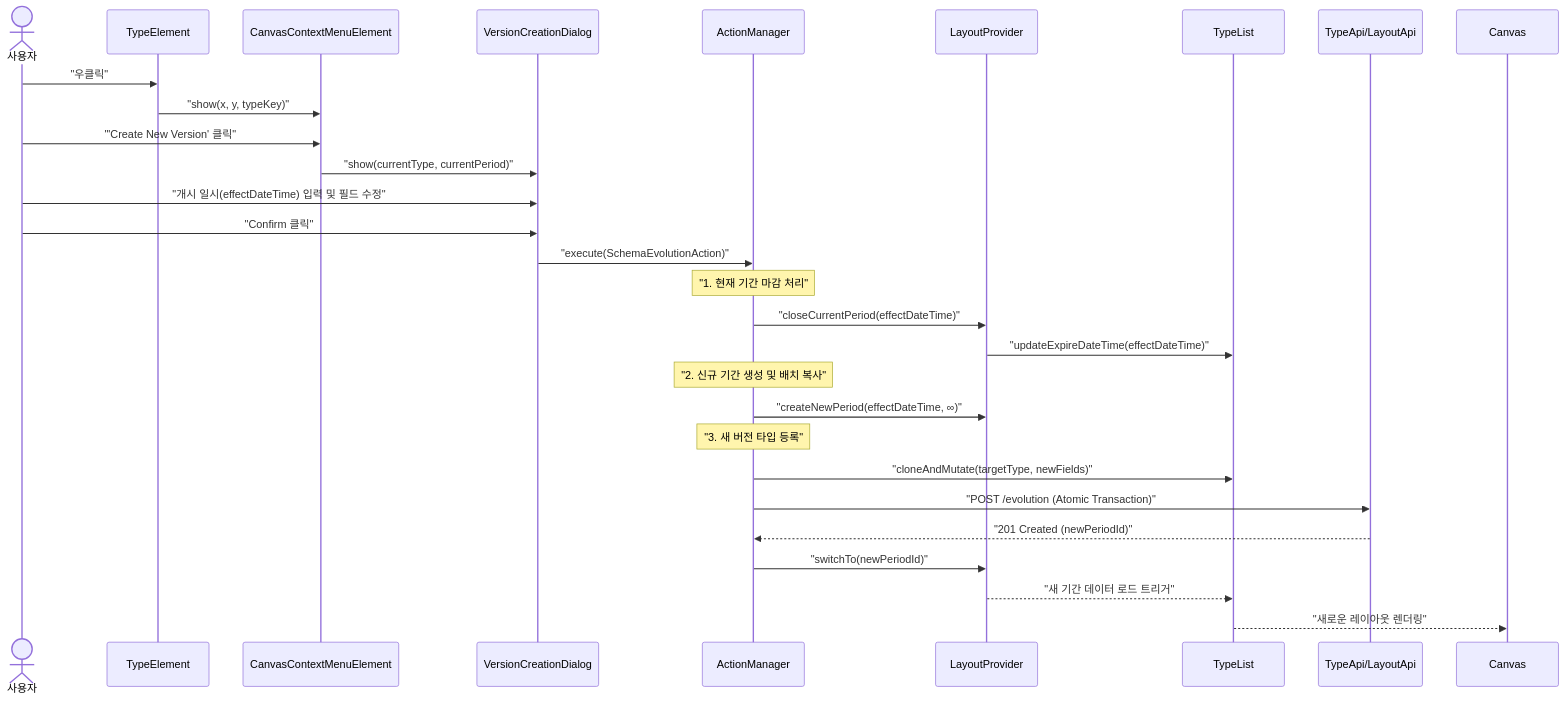
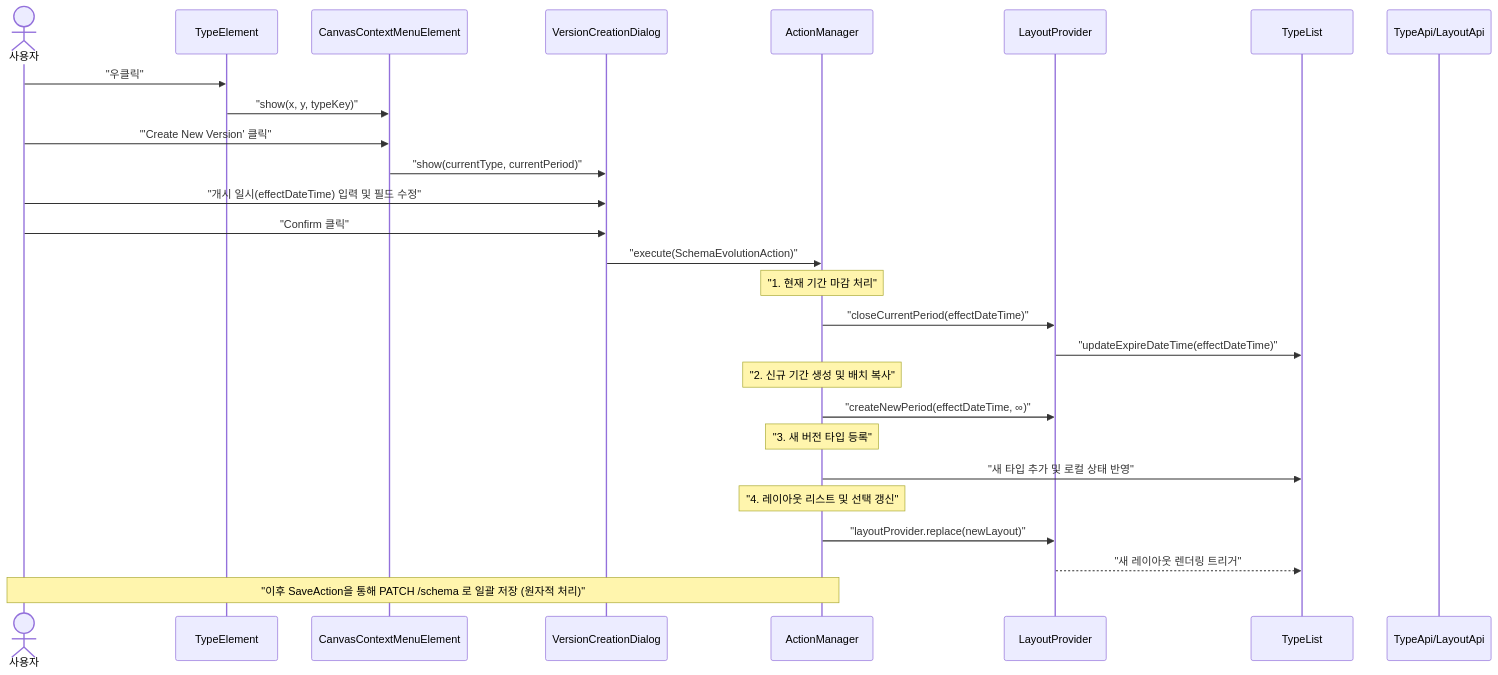
The tenth of 17 diagrams in type-ui/USECASE.md (sayaya1090/handbook), drawn with Mermaid before and after one commit. The commit also changed 10 other files, not shown here.

First line of the commit message:
fix(type-ui): 레이아웃 네비게이션 및 스키마 진화 로직 안정화

````diff
--- a/type-ui/USECASE.md
+++ b/type-ui/USECASE.md
@@ -273,38 +273,37 @@
 ```mermaid
 sequenceDiagram
     actor User as 사용자
     participant TBox as TypeElement
     participant Menu as CanvasContextMenuElement
     participant Dialog as VersionCreationDialog
     participant AM as ActionManager
     participant LP as LayoutProvider
     participant TL as TypeList
     participant API as TypeApi/LayoutApi
 
     User->>TBox: "우클릭"
     TBox->>Menu: "show(x, y, typeKey)"
     User->>Menu: "'Create New Version' 클릭"
     Menu->>Dialog: "show(currentType, currentPeriod)"
     
     User->>Dialog: "개시 일시(effectDateTime) 입력 및 필드 수정"
     User->>Dialog: "Confirm 클릭"
     
     Dialog->>AM: "execute(SchemaEvolutionAction)"
     
     Note over AM: "1. 현재 기간 마감 처리"
     AM->>LP: "closeCurrentPeriod(effectDateTime)"
     LP->>TL: "updateExpireDateTime(effectDateTime)"
     
     Note over AM: "2. 신규 기간 생성 및 배치 복사"
     AM->>LP: "createNewPeriod(effectDateTime, ∞)"
     
     Note over AM: "3. 새 버전 타입 등록"
-    AM->>TL: "cloneAndMutate(targetType, newFields)"
+    AM->>TL: "새 타입 추가 및 로컬 상태 반영"
     
-    AM->>API: "POST /evolution (Atomic Transaction)"
-    API-->>AM: "201 Created (newPeriodId)"
+    Note over AM: "4. 레이아웃 리스트 및 선택 갱신"
+    AM->>LP: "layoutProvider.replace(newLayout)"
+    LP-->>TL: "새 레이아웃 렌더링 트리거"
     
-    AM->>LP: "switchTo(newPeriodId)"
-    LP-->>TL: "새 기간 데이터 로드 트리거"
-    TL-->>Canvas: "새로운 레이아웃 렌더링"
+    Note over User,AM: "이후 SaveAction을 통해 PATCH /schema 로 일괄 저장 (원자적 처리)"
 ```
````
